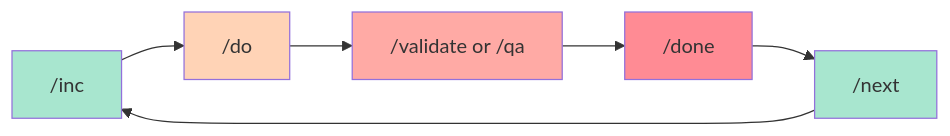
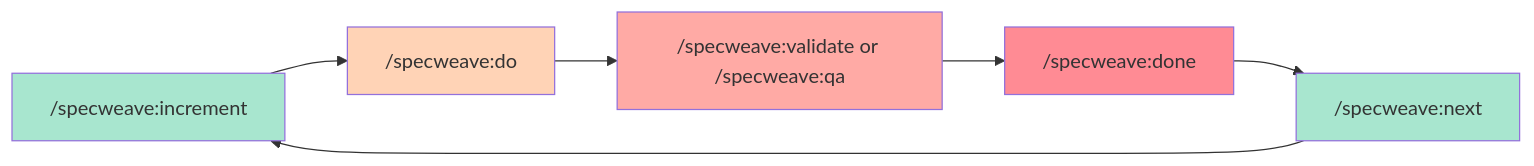
Before and after one commit to anton-abyzov/specweave: the diagram in .specweave/docs/public/commands/overview.md, drawn with Mermaid. The commit also changed other lines of this file and 140 other files, not shown here.

````diff
--- a/.specweave/docs/public/commands/overview.md
+++ b/.specweave/docs/public/commands/overview.md
@@ -15,14 +15,14 @@
 ```mermaid
 graph LR
-    A["/inc"] --> B["/do"]
-    B --> C["/validate or /qa"]
-    C --> D["/done"]
-    D --> E["/next"]
+    A["/specweave:increment"] --> B["/specweave:do"]
+    B --> C["/specweave:validate or /specweave:qa"]
+    C --> D["/specweave:done"]
+    D --> E["/specweave:next"]
     E --> A
 
     style A fill:#a8e6cf
     style B fill:#ffd3b6
     style C fill:#ffaaa5
     style D fill:#ff8b94
     style E fill:#a8e6cf
 ```
````
